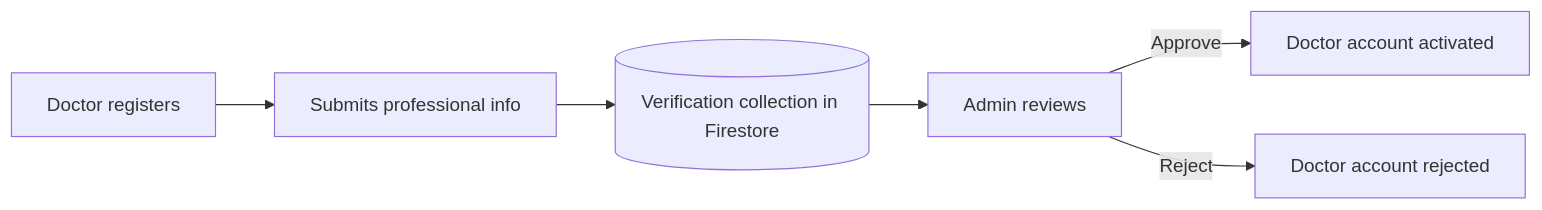
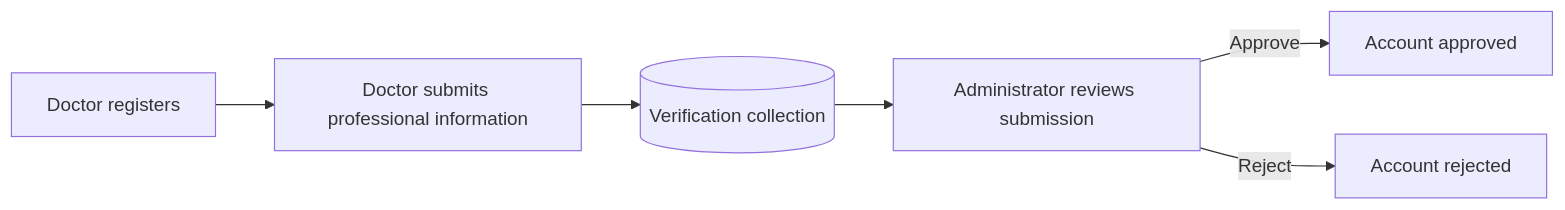
The fourth of 4 diagrams in README.md (muhammadsahil1304/MediSync), drawn with Mermaid before and after one commit. The commit also changed other lines of this file, not shown here.

````diff
--- a/README.md
+++ b/README.md
@@ -231,8 +296,8 @@
 ```mermaid
 flowchart LR
-    A[Doctor registers] --> B[Submits professional info]
-    B --> C[(Verification collection in Firestore)]
-    C --> D[Admin reviews]
-    D -->|Approve| E[Doctor account activated]
-    D -->|Reject| F[Doctor account rejected]
+    A["Doctor registers"] --> B["Doctor submits professional information"]
+    B --> C[("Verification collection")]
+    C --> D["Administrator reviews submission"]
+    D -->|Approve| E["Account approved"]
+    D -->|Reject| F["Account rejected"]
 ```
````
